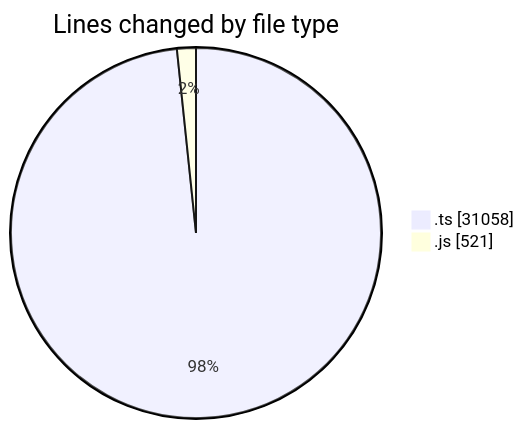
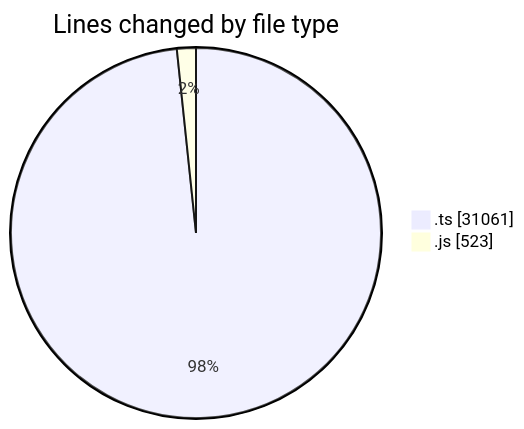
One commit to momahboobian/code-tracking changed the first of 2 diagrams in 2025-07-31/cda/README.md. Above: the diagram before and after it, drawn with Mermaid. The commit also changed other lines of this file and 1 other file, not shown here.

````diff
--- a/2025-07-31/cda/README.md
+++ b/2025-07-31/cda/README.md
@@ -23,6 +23,6 @@
 ```mermaid
 pie showData
 title Lines changed by file type
-".ts" : 31058
-".js" : 521
+".ts" : 31061
+".js" : 523
 ```
````
